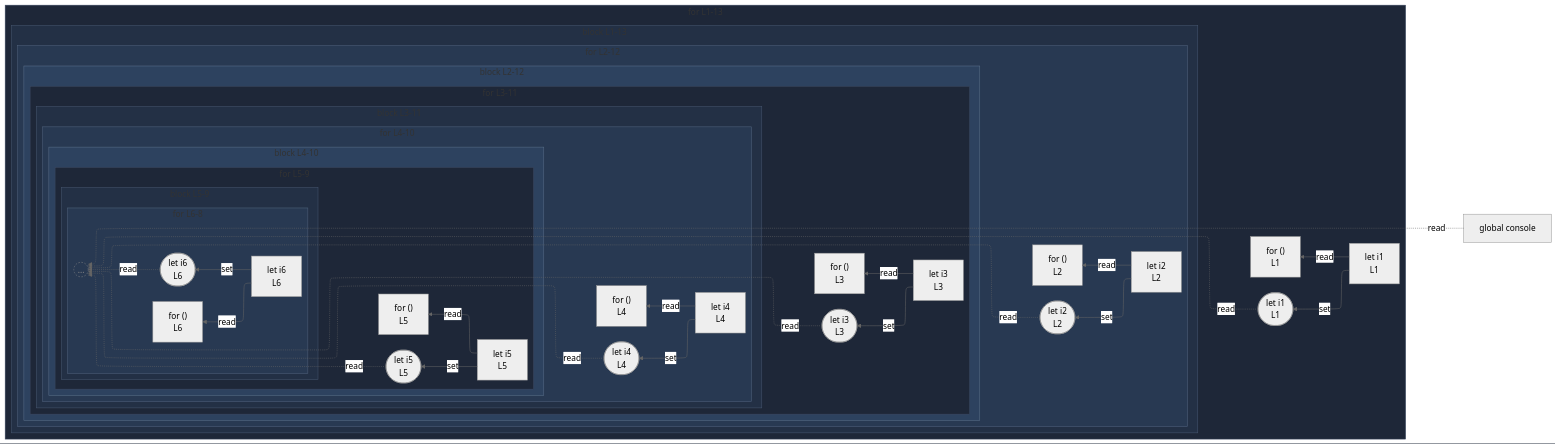
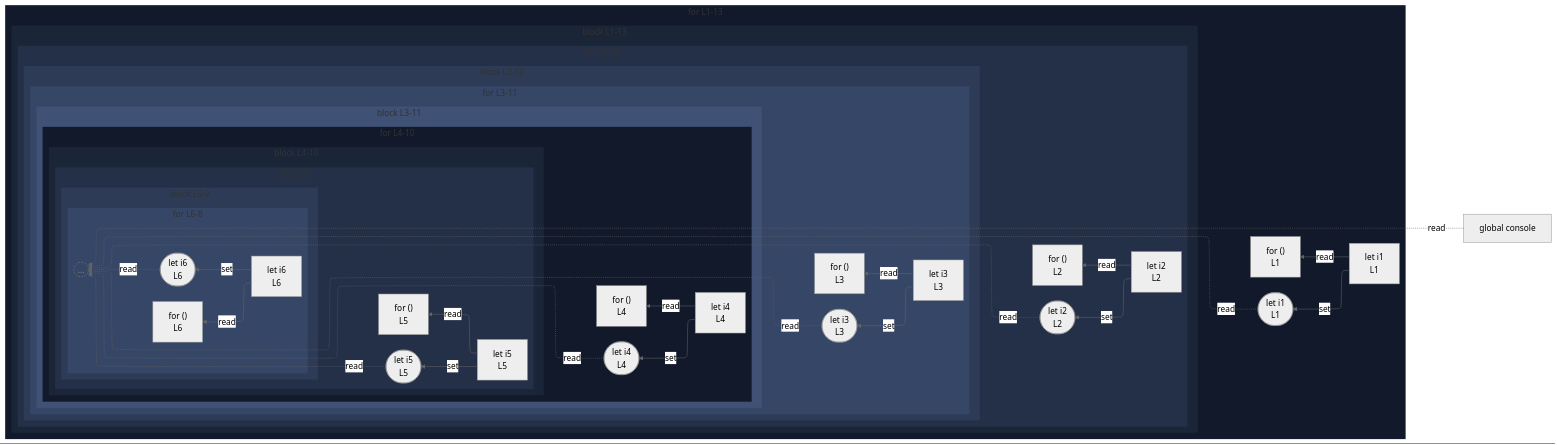
The diagram in integration/fixtures/app-behavior/depth/for/depth-5/preview.md (crescware/unsnarl), drawn with Mermaid (neutral theme) before and after one commit. The commit also changed 263 other files, not shown here.

````diff
--- a/integration/fixtures/app-behavior/depth/for/depth-5/preview.md
+++ b/integration/fixtures/app-behavior/depth/for/depth-5/preview.md
@@ -103,19 +103,21 @@
   wr_ref_17 -.->|read| beyond_depth_s_scope_11
   classDef boundaryStub fill:transparent,stroke:#888,stroke-dasharray:3 3,color:#888;
   class beyond_depth_s_scope_11 boundaryStub;
-  classDef nestL1 fill:#1e2738,stroke:#3d4a63;
+  classDef nestL1 fill:#11192a,stroke:transparent;
   class s_scope_1 nestL1;
-  class s_scope_5 nestL1;
-  class s_scope_9 nestL1;
-  classDef nestL2 fill:#233045,stroke:#475670;
+  class s_scope_7 nestL1;
+  classDef nestL2 fill:#1a2538,stroke:transparent;
   class s_scope_2 nestL2;
-  class s_scope_6 nestL2;
-  class s_scope_10 nestL2;
-  classDef nestL3 fill:#283952,stroke:#51637d;
+  class s_scope_8 nestL2;
+  classDef nestL3 fill:#243047,stroke:transparent;
   class s_scope_3 nestL3;
-  class s_scope_7 nestL3;
-  class s_scope_11 nestL3;
-  classDef nestL4 fill:#2d425f,stroke:#5b708a;
+  class s_scope_9 nestL3;
+  classDef nestL4 fill:#2d3b57,stroke:transparent;
   class s_scope_4 nestL4;
-  class s_scope_8 nestL4;
+  class s_scope_10 nestL4;
+  classDef nestL5 fill:#364666,stroke:transparent;
+  class s_scope_5 nestL5;
+  class s_scope_11 nestL5;
+  classDef nestL6 fill:#3f5175,stroke:transparent;
+  class s_scope_6 nestL6;
 ```
````
